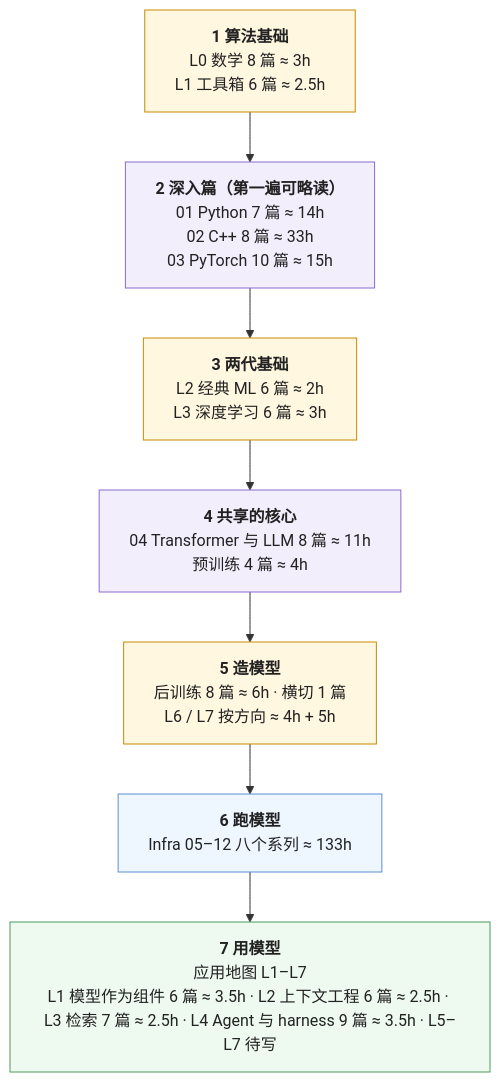
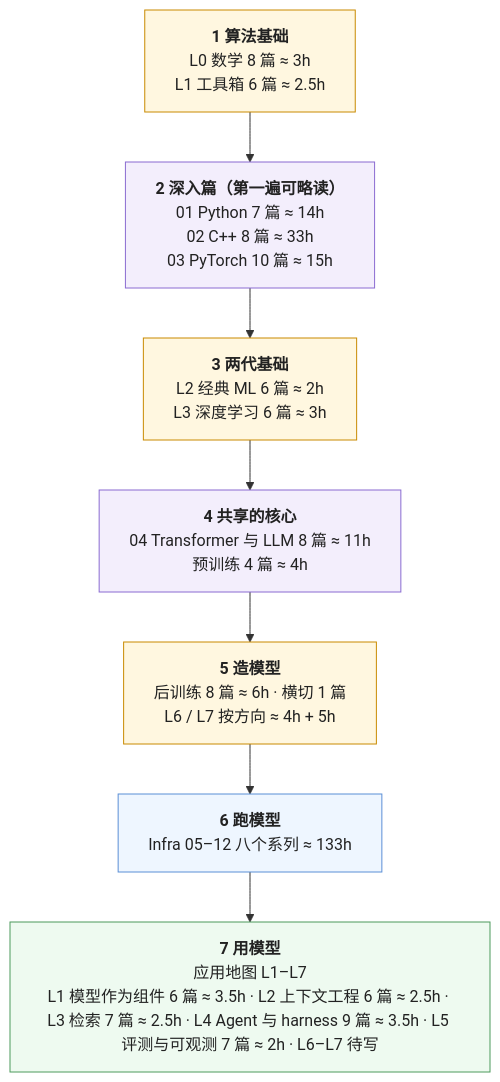
Before and after one commit to arganzheng/arganzheng.github.com: the second of 2 diagrams in _posts/2026-01-01-ai-fullstack-learning-roadmap.md, drawn with Mermaid. The commit also changed other lines of this file and 4 other files, not shown here.

Commit message:
评测、可观测与可追溯 07 运行时与仿真、08 总结自测；地图登记 L5

````diff
--- a/_posts/2026-01-01-ai-fullstack-learning-roadmap.md
+++ b/_posts/2026-01-01-ai-fullstack-learning-roadmap.md
@@ -134,35 +134,35 @@
 ```mermaid
 %%{init: {"flowchart": {"wrappingWidth": 420}}}%%
 flowchart TB
     S1["`**1 算法基础**
 L0 数学 8 篇 ≈ 3h
 L1 工具箱 6 篇 ≈ 2.5h`"]
     S2["`**2 深入篇（第一遍可略读）**
 01 Python 7 篇 ≈ 14h
 02 C++ 8 篇 ≈ 33h
 03 PyTorch 10 篇 ≈ 15h`"]
     S3["`**3 两代基础**
 L2 经典 ML 6 篇 ≈ 2h
 L3 深度学习 6 篇 ≈ 3h`"]
     S4["`**4 共享的核心**
 04 Transformer 与 LLM 8 篇 ≈ 11h
 预训练 4 篇 ≈ 4h`"]
     S5["`**5 造模型**
 后训练 8 篇 ≈ 6h · 横切 1 篇
 L6 / L7 按方向 ≈ 4h + 5h`"]
     S6["`**6 跑模型**
 Infra 05–12 八个系列 ≈ 133h`"]
     S7["`**7 用模型**
 应用地图 L1–L7
-L1 模型作为组件 6 篇 ≈ 3.5h · L2 上下文工程 6 篇 ≈ 2.5h · L3 检索 7 篇 ≈ 2.5h · L4 Agent 与 harness 9 篇 ≈ 3.5h · L5–L7 待写`"]
+L1 模型作为组件 6 篇 ≈ 3.5h · L2 上下文工程 6 篇 ≈ 2.5h · L3 检索 7 篇 ≈ 2.5h · L4 Agent 与 harness 9 篇 ≈ 3.5h · L5 评测与可观测 7 篇 ≈ 2h · L6–L7 待写`"]
     S1 --> S2 --> S3 --> S4 --> S5 --> S6 --> S7
 
     classDef algo fill:#fff7e0,stroke:#c98a00,stroke-width:1px,color:#222
     classDef infra fill:#eef6ff,stroke:#5b8fd6,stroke-width:1px,color:#222
     classDef app fill:#eefaf0,stroke:#4d9a5c,stroke-width:1px,color:#222
     classDef shared fill:#f3eefc,stroke:#8a6bd1,stroke-width:1px,color:#222
     class S1,S3,S5 algo
     class S2,S4 shared
     class S6 infra
     class S7 app
 ```
````
